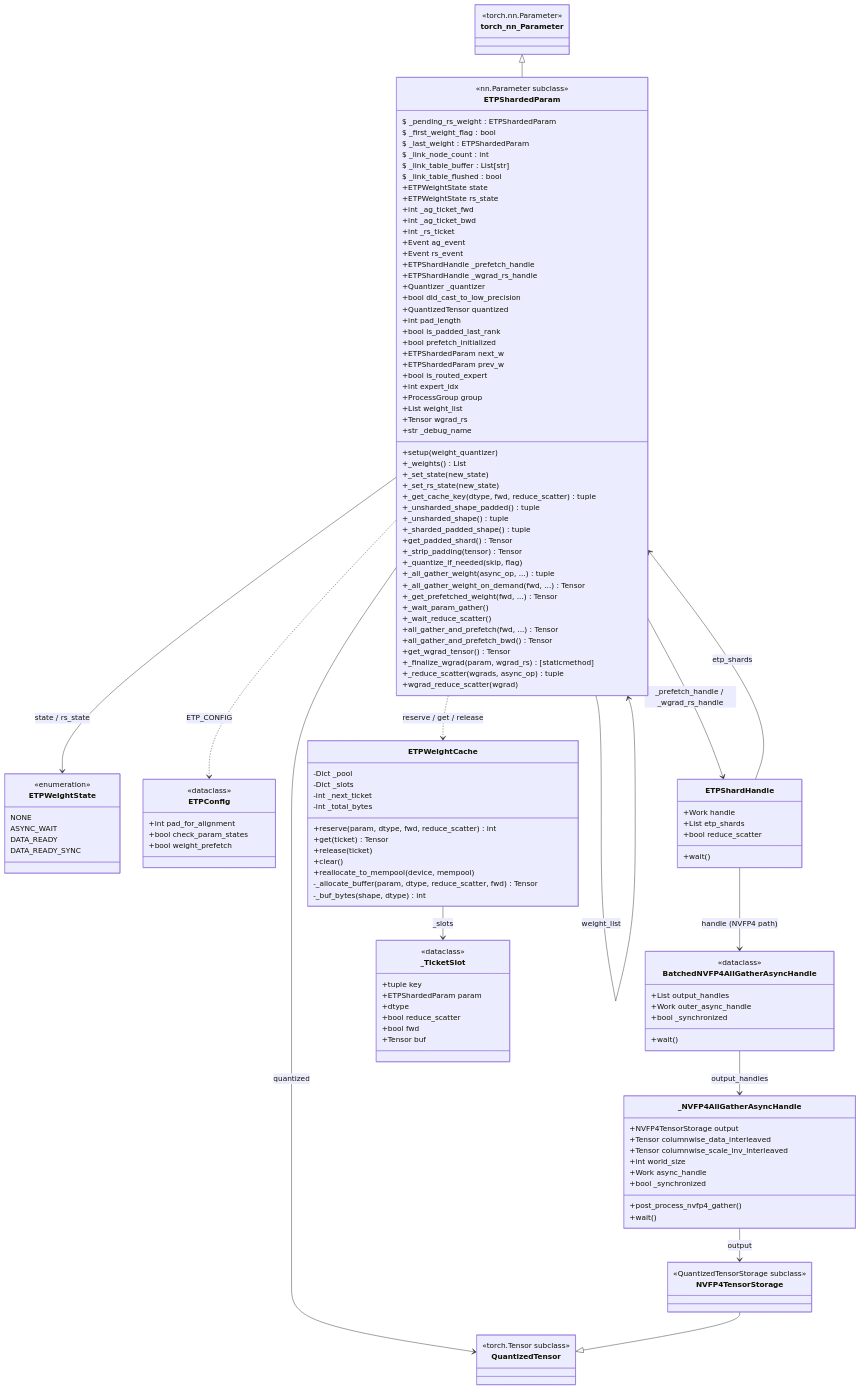
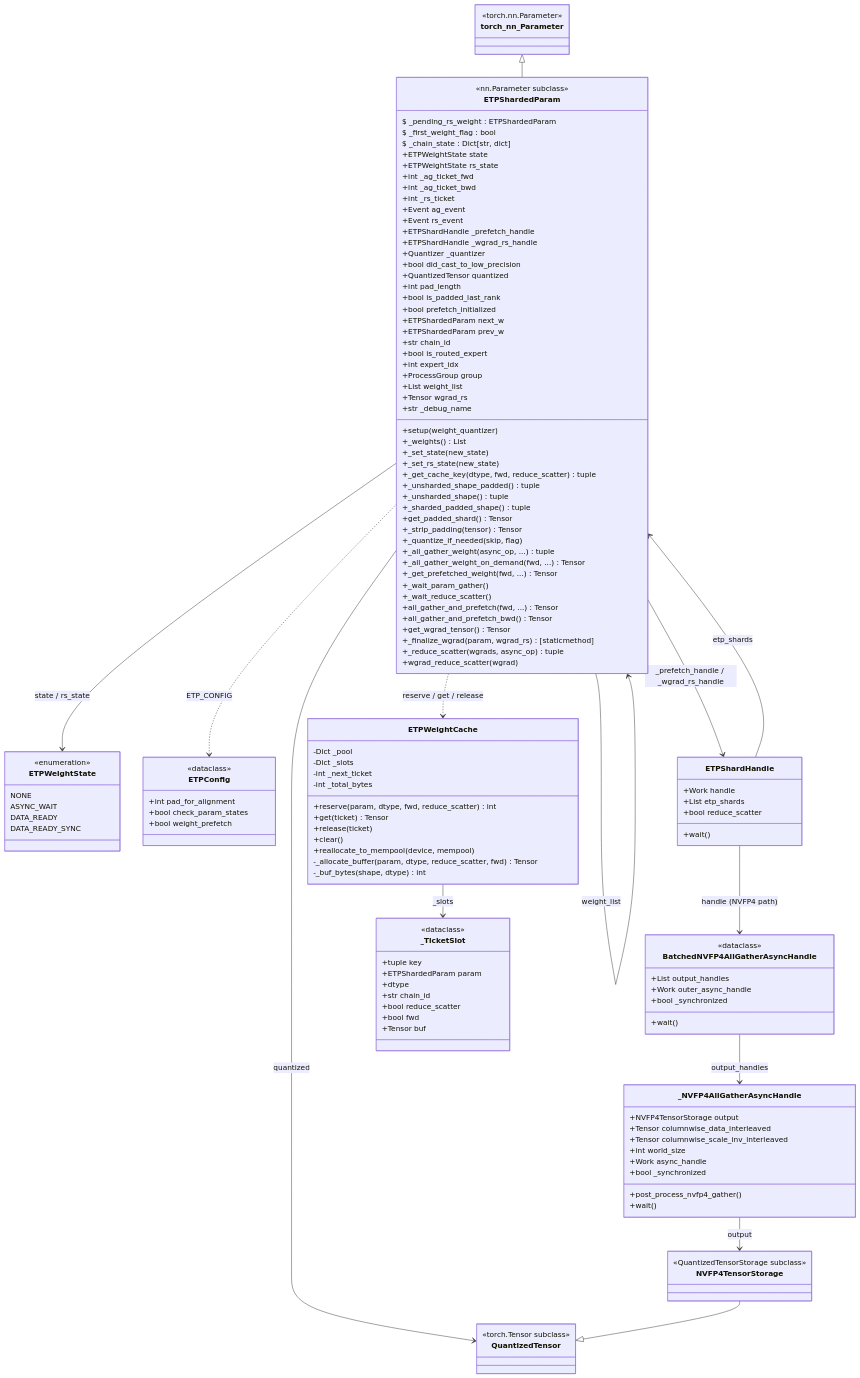
Before and after one commit to NVIDIA/TransformerEngine: the diagram in docs/README_ETP.md, drawn with Mermaid. The commit also changed other lines of this file and 1 other file, not shown here.

Commit message:
ETP+CG: 2-chain(dense+expert, no cross link prefetching) + shared ag/rs streams

```diff
--- a/docs/README_ETP.md
+++ b/docs/README_ETP.md
@@ -193,10 +193,7 @@
         <<nn.Parameter subclass>>
         $ _pending_rs_weight : ETPShardedParam
         $ _first_weight_flag : bool
-        $ _last_weight : ETPShardedParam
-        $ _link_node_count : int
-        $ _link_table_buffer : List[str]
-        $ _link_table_flushed : bool
+        $ _chain_state : Dict[str, dict]
         +ETPWeightState state
         +ETPWeightState rs_state
         +int _ag_ticket_fwd
@@ -214,6 +211,7 @@
         +bool prefetch_initialized
         +ETPShardedParam next_w
         +ETPShardedParam prev_w
+        +str chain_id
         +bool is_routed_expert
         +int expert_idx
         +ProcessGroup group
@@ -277,6 +275,7 @@
         +tuple key
         +ETPShardedParam param
         +dtype
+        +str chain_id
         +bool reduce_scatter
         +bool fwd
         +Tensor buf
```
